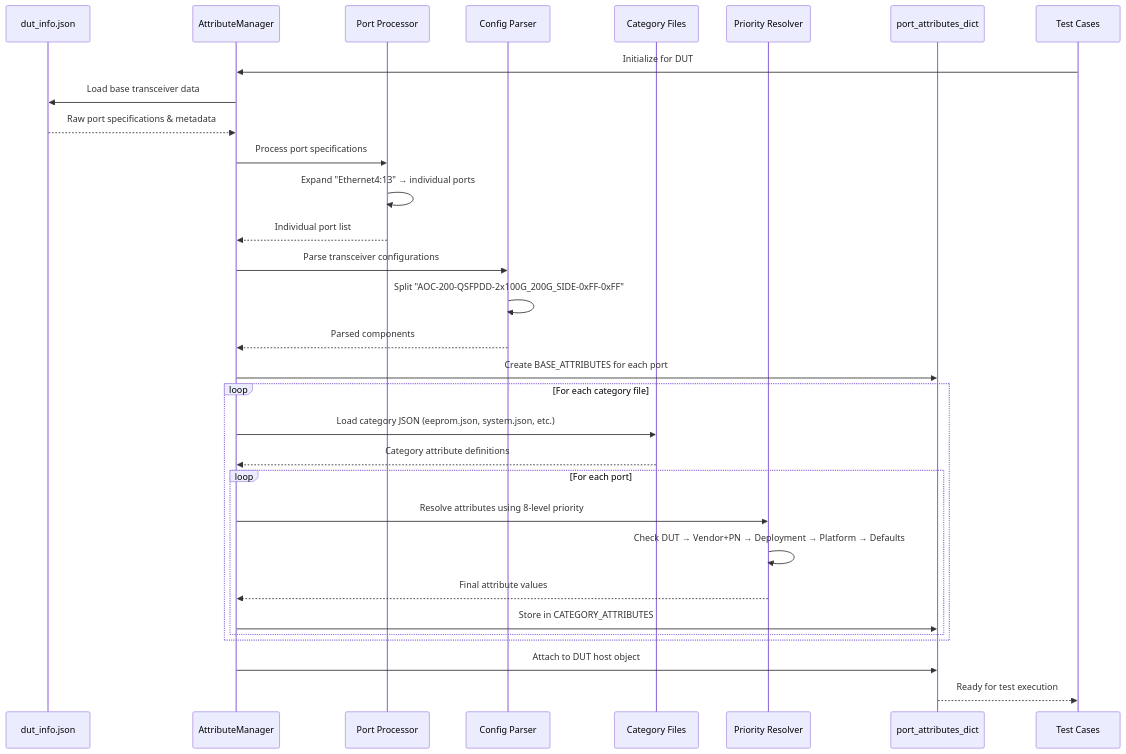
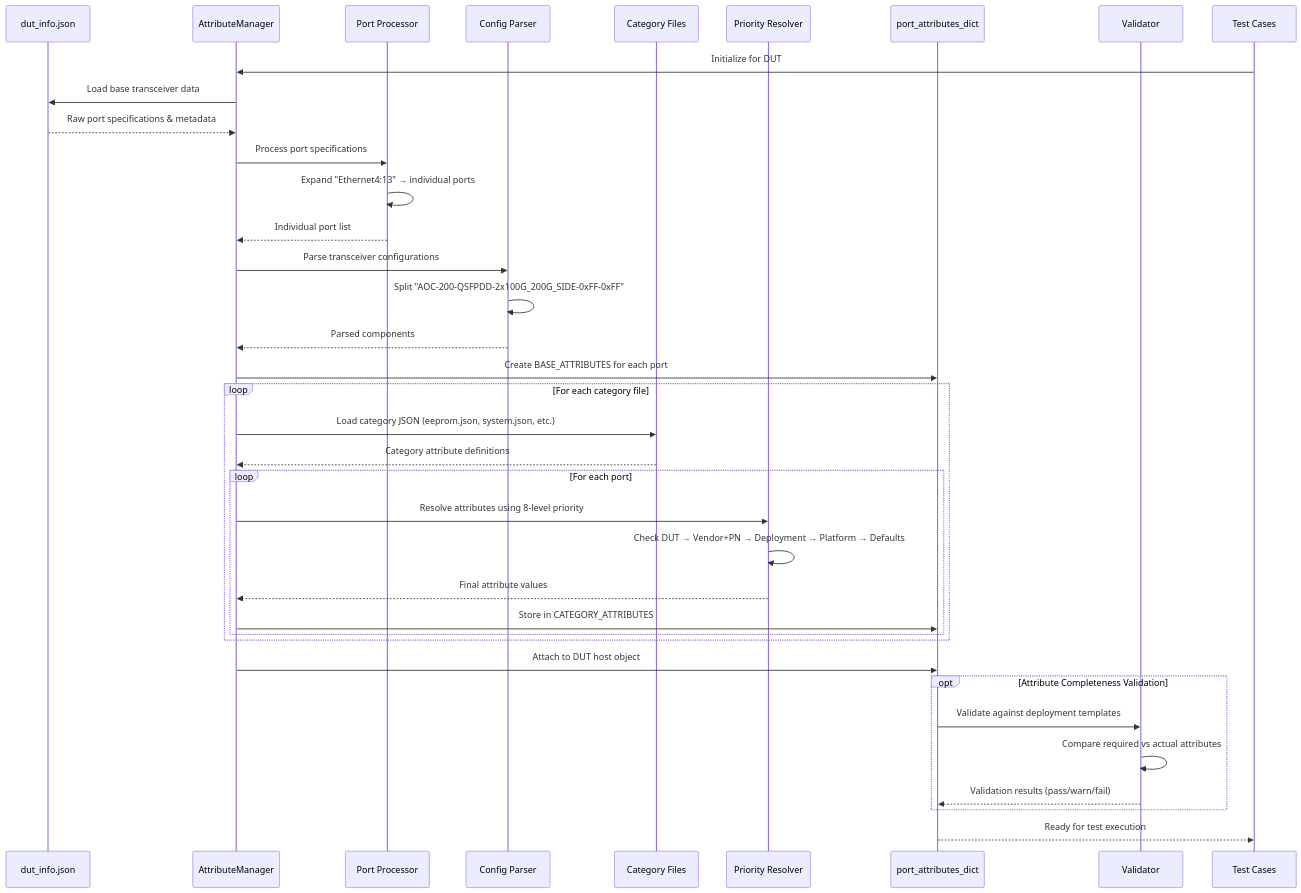
The second of 2 diagrams in docs/testplan/transceiver/diagrams/data_flow.md (sonic-net/sonic-mgmt), drawn with Mermaid before and after one commit. The commit also changed other lines of this file and 4 other files, not shown here.

Commit message:
Added attribute validator

````diff
--- a/docs/testplan/transceiver/diagrams/data_flow.md
+++ b/docs/testplan/transceiver/diagrams/data_flow.md
@@ -67,40 +74,48 @@
 ```mermaid
 sequenceDiagram
     participant DI as dut_info.json
     participant AM as AttributeManager
     participant PP as Port Processor
     participant CP as Config Parser
     participant CF as Category Files
     participant PR as Priority Resolver
     participant PD as port_attributes_dict
+    participant V as Validator
     participant TC as Test Cases
     
     TC->>AM: Initialize for DUT
     AM->>DI: Load base transceiver data
     DI-->>AM: Raw port specifications & metadata
     
     AM->>PP: Process port specifications
     PP->>PP: Expand "Ethernet4:13" → individual ports
     PP-->>AM: Individual port list
     
     AM->>CP: Parse transceiver configurations
     CP->>CP: Split "AOC-200-QSFPDD-2x100G_200G_SIDE-0xFF-0xFF"
     CP-->>AM: Parsed components
     
     AM->>PD: Create BASE_ATTRIBUTES for each port
     
     loop For each category file
         AM->>CF: Load category JSON (eeprom.json, system.json, etc.)
         CF-->>AM: Category attribute definitions
         
         loop For each port
             AM->>PR: Resolve attributes using 8-level priority
             PR->>PR: Check DUT → Vendor+PN → Deployment → Platform → Defaults
             PR-->>AM: Final attribute values
             AM->>PD: Store in CATEGORY_ATTRIBUTES
         end
     end
     
     AM->>PD: Attach to DUT host object
+    
+    opt Attribute Completeness Validation
+        PD->>V: Validate against deployment templates
+        V->>V: Compare required vs actual attributes
+        V-->>PD: Validation results (pass/warn/fail)
+    end
+    
     PD-->>TC: Ready for test execution
 ```
````
